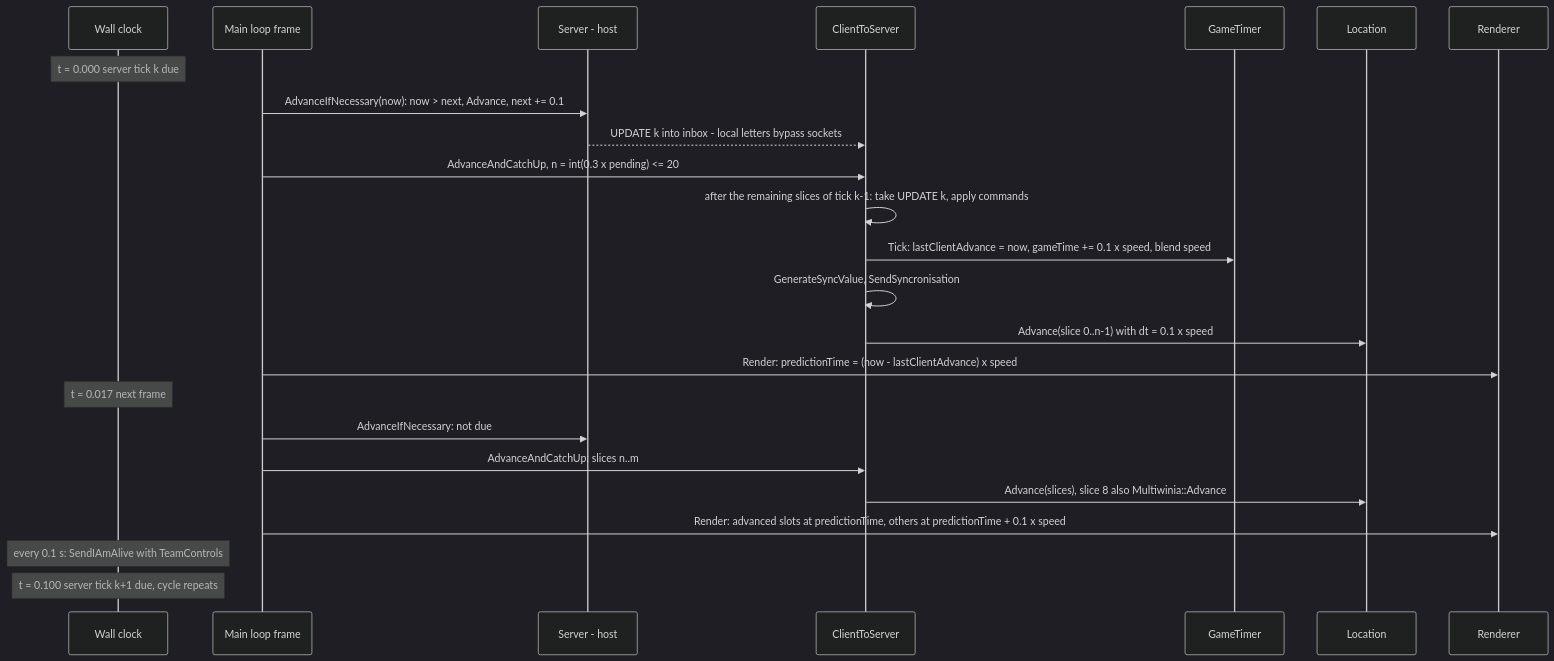
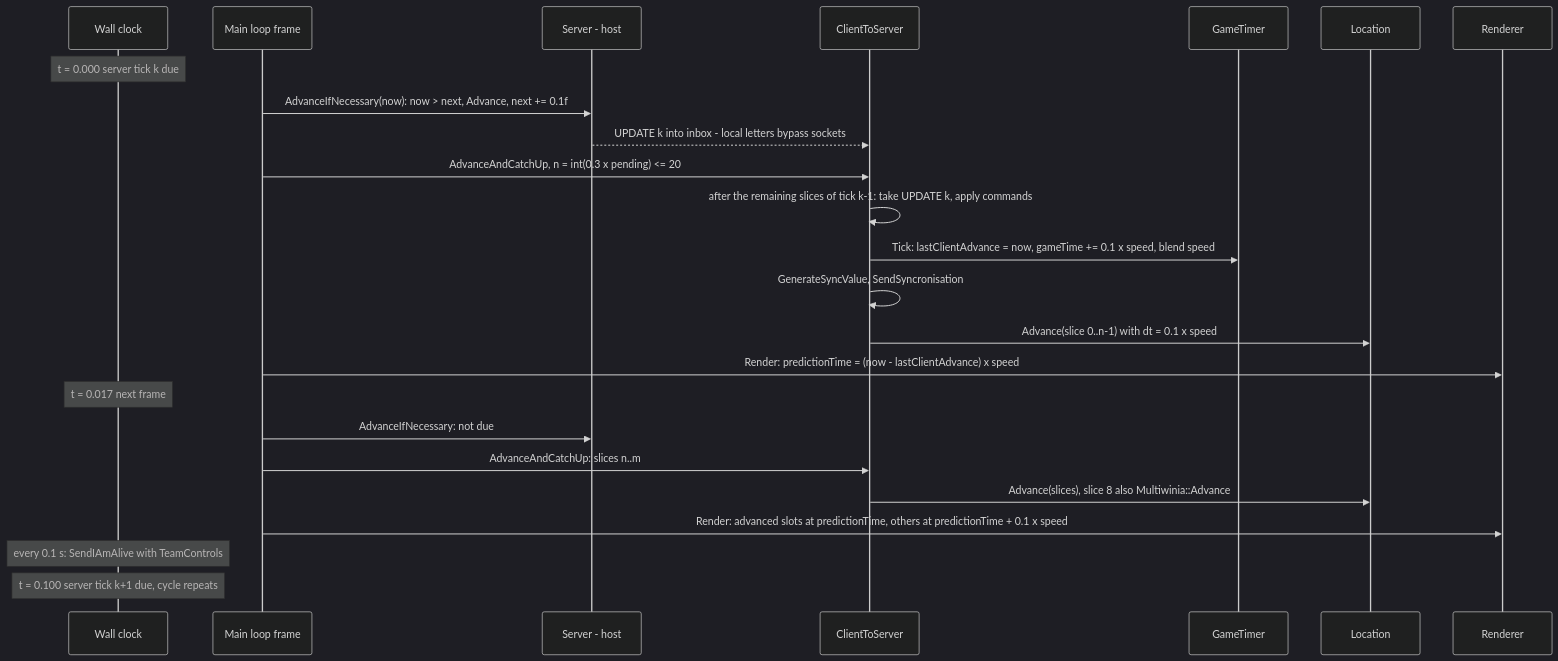
One commit to Zwaliebaba/Species.AI changed the seventh of 8 diagrams in design/20_architecture.md. Above: the diagram before and after it, drawn with Mermaid (dark theme). The commit also changed other lines of this file and 36 other files, not shown here.

````diff
--- a/design/20_architecture.md
+++ b/design/20_architecture.md
@@ -1354,26 +1354,26 @@
 ```mermaid
 sequenceDiagram
   participant W as Wall clock
   participant M as Main loop frame
   participant S as Server - host
   participant C as ClientToServer
   participant G as GameTimer
   participant L as Location
   participant R as Renderer
   Note over W: t = 0.000 server tick k due
-  M->>S: AdvanceIfNecessary(now): now > next, Advance, next += 0.1
+  M->>S: AdvanceIfNecessary(now): now > next, Advance, next += 0.1f
   S-->>C: UPDATE k into inbox - local letters bypass sockets
   M->>C: AdvanceAndCatchUp, n = int(0.3 x pending) <= 20
   C->>C: after the remaining slices of tick k-1: take UPDATE k, apply commands
   C->>G: Tick: lastClientAdvance = now, gameTime += 0.1 x speed, blend speed
   C->>C: GenerateSyncValue, SendSyncronisation
   C->>L: Advance(slice 0..n-1) with dt = 0.1 x speed
   M->>R: Render: predictionTime = (now - lastClientAdvance) x speed
   Note over W: t = 0.017 next frame
   M->>S: AdvanceIfNecessary: not due
   M->>C: AdvanceAndCatchUp: slices n..m
   C->>L: Advance(slices), slice 8 also Multiwinia::Advance
   M->>R: Render: advanced slots at predictionTime, others at predictionTime + 0.1 x speed
   Note over W: every 0.1 s: SendIAmAlive with TeamControls
   Note over W: t = 0.100 server tick k+1 due, cycle repeats
 ```
````
